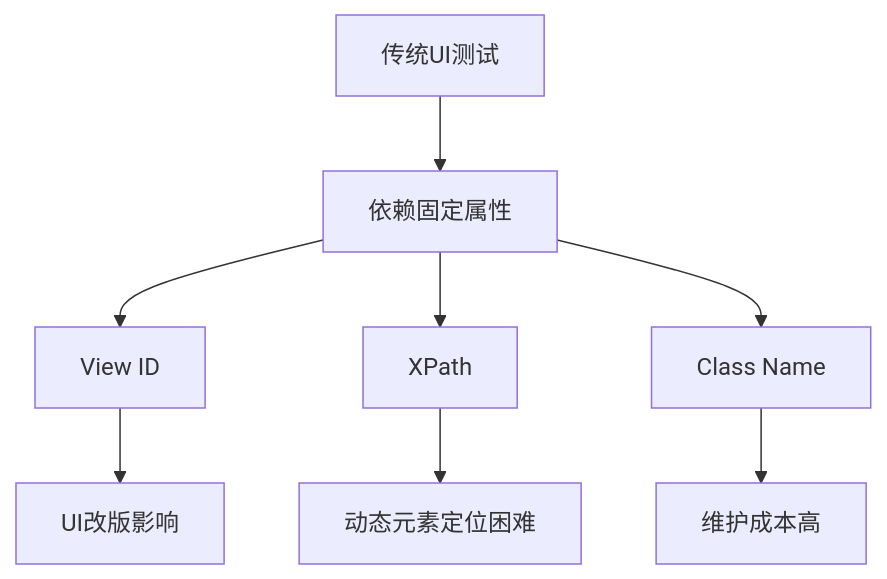
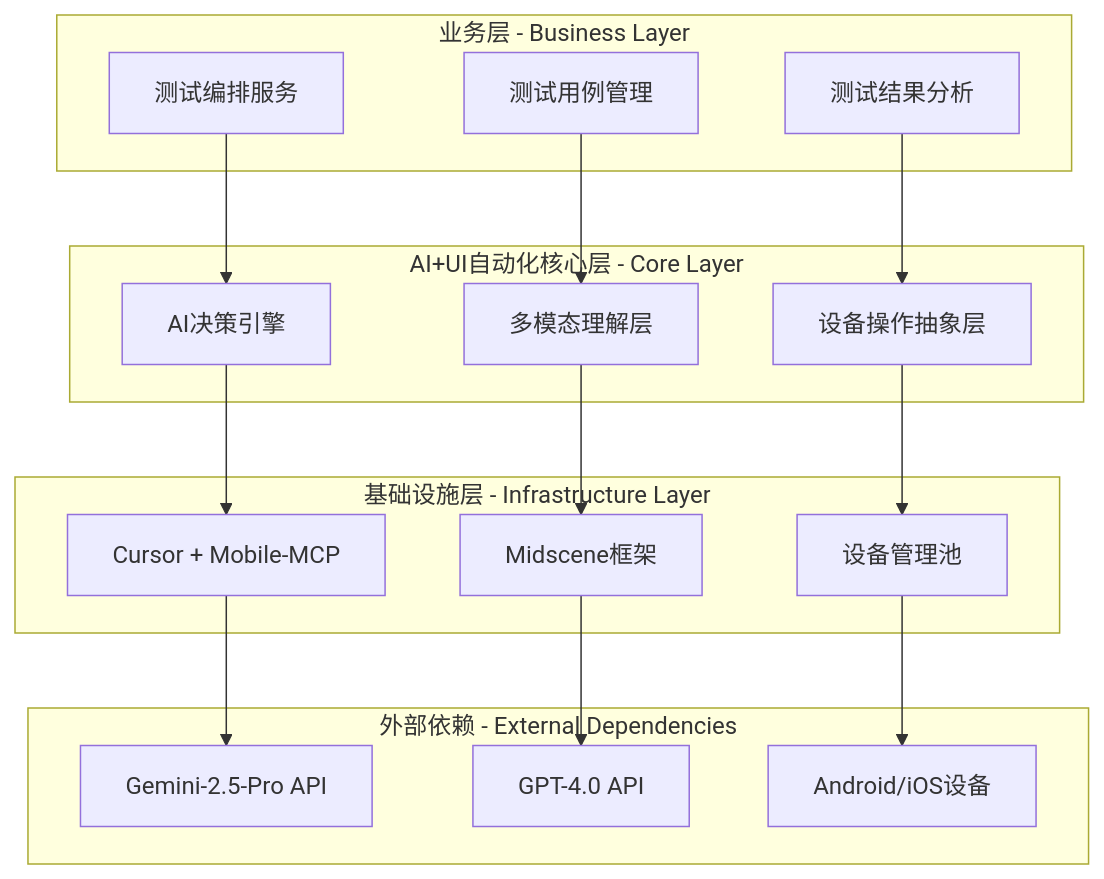
The first of 6 diagrams in Tech.md (zhuozp/AI-UI-), drawn with Mermaid before and after one commit. The commit also changed other lines of this file, not shown here.

````diff
--- a/Tech.md
+++ b/Tech.md
@@ -49,10 +91,36 @@
 ```mermaid
-graph TD
-    A[传统UI测试] --> B[依赖固定属性]
-    B --> C[View ID]
-    B --> D[XPath]
-    B --> E[Class Name]
-    C --> F[UI改版影响]
-    D --> G[动态元素定位困难]
-    E --> H[维护成本高]
+graph TB
+    subgraph "业务层 - Business Layer"
+        A[测试编排服务]
+        B[测试用例管理]
+        C[测试结果分析]
+    end
+    
+    subgraph "AI+UI自动化核心层 - Core Layer"
+        D[AI决策引擎]
+        E[多模态理解层]
+        F[设备操作抽象层]
+    end
+    
+    subgraph "基础设施层 - Infrastructure Layer"
+        G[Cursor + Mobile-MCP]
+        H[Midscene框架]
+        I[设备管理池]
+    end
+    
+    subgraph "外部依赖 - External Dependencies"
+        J[Gemini-2.5-Pro API]
+        K[GPT-4.0 API]
+        L[Android/iOS设备]
+    end
+    
+    A --> D
+    B --> E
+    C --> F
+    D --> G
+    E --> H
+    F --> I
+    G --> J
+    H --> K
+    I --> L
 ```
````
